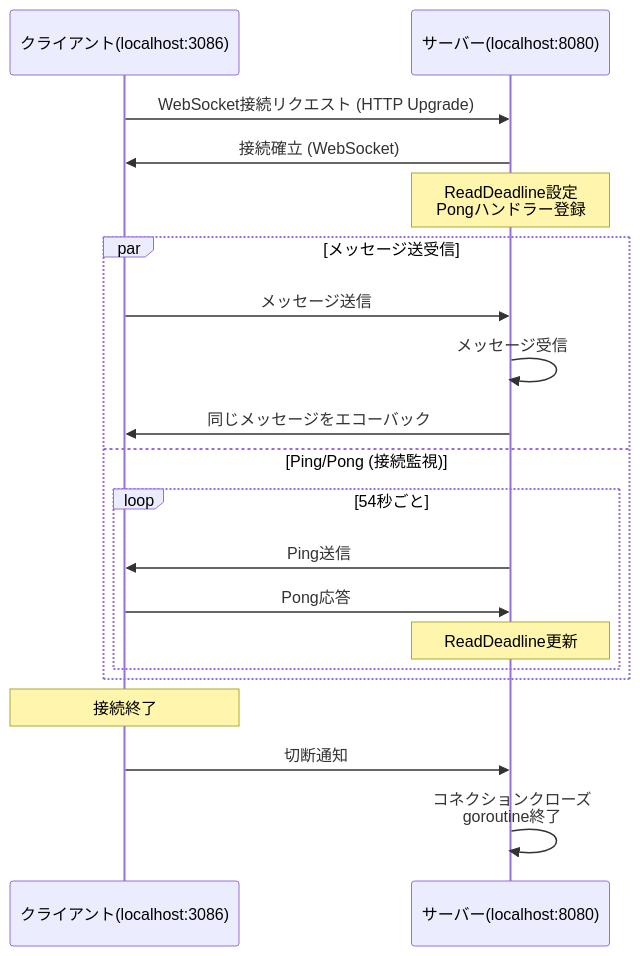
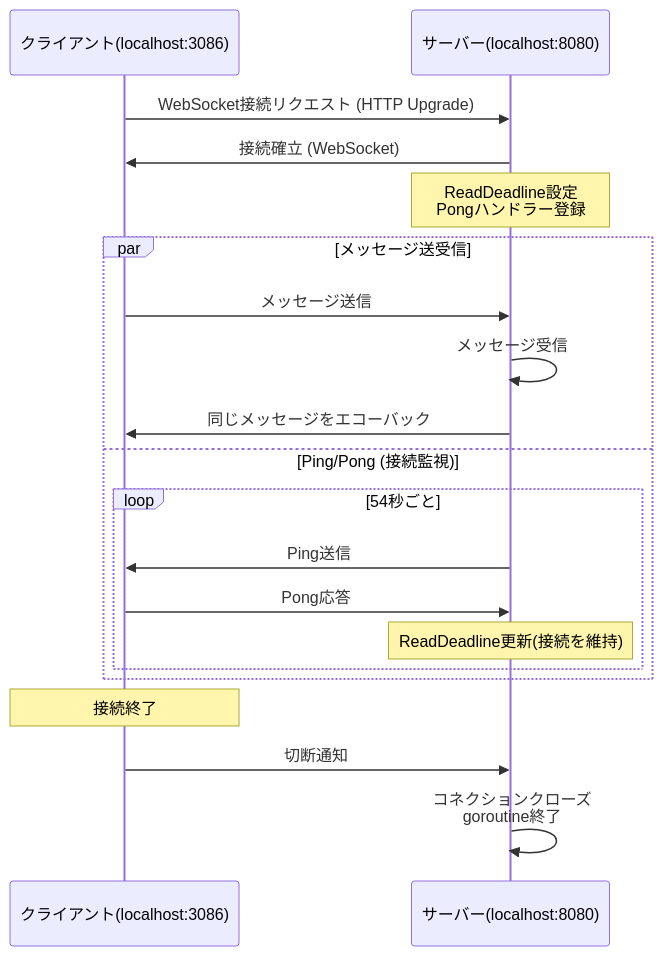
One commit to takehiro1111/blog changed the first of 2 diagrams in articles/go_web_socket.md. Above: the diagram before and after it, drawn with Mermaid.

Commit message:
add:new article

````diff
--- a/articles/go_web_socket.md
+++ b/articles/go_web_socket.md
@@ -370,26 +370,26 @@
 ```mermaid
 sequenceDiagram
 	participant Client as クライアント(localhost:3086)
 	participant Server as サーバー(localhost:8080)
 	
 	Client->>Server: WebSocket接続リクエスト (HTTP Upgrade)
 	Server->>Client: 接続確立 (WebSocket)
 	
 	Note over Server: ReadDeadline設定<br/>Pongハンドラー登録
 	
 	par メッセージ送受信
 			Client->>Server: メッセージ送信
 			Server->>Server: メッセージ受信
 			Server->>Client: 同じメッセージをエコーバック
 	and Ping/Pong (接続監視)
 			loop 54秒ごと
 					Server->>Client: Ping送信
 					Client->>Server: Pong応答
-					Note over Server: ReadDeadline更新
+					Note over Server: ReadDeadline更新(接続を維持)
 			end
 	end
 	
 	Note over Client: 接続終了
 	Client->>Server: 切断通知
 	Server->>Server: コネクションクローズ<br/>goroutine終了
 ```
````
